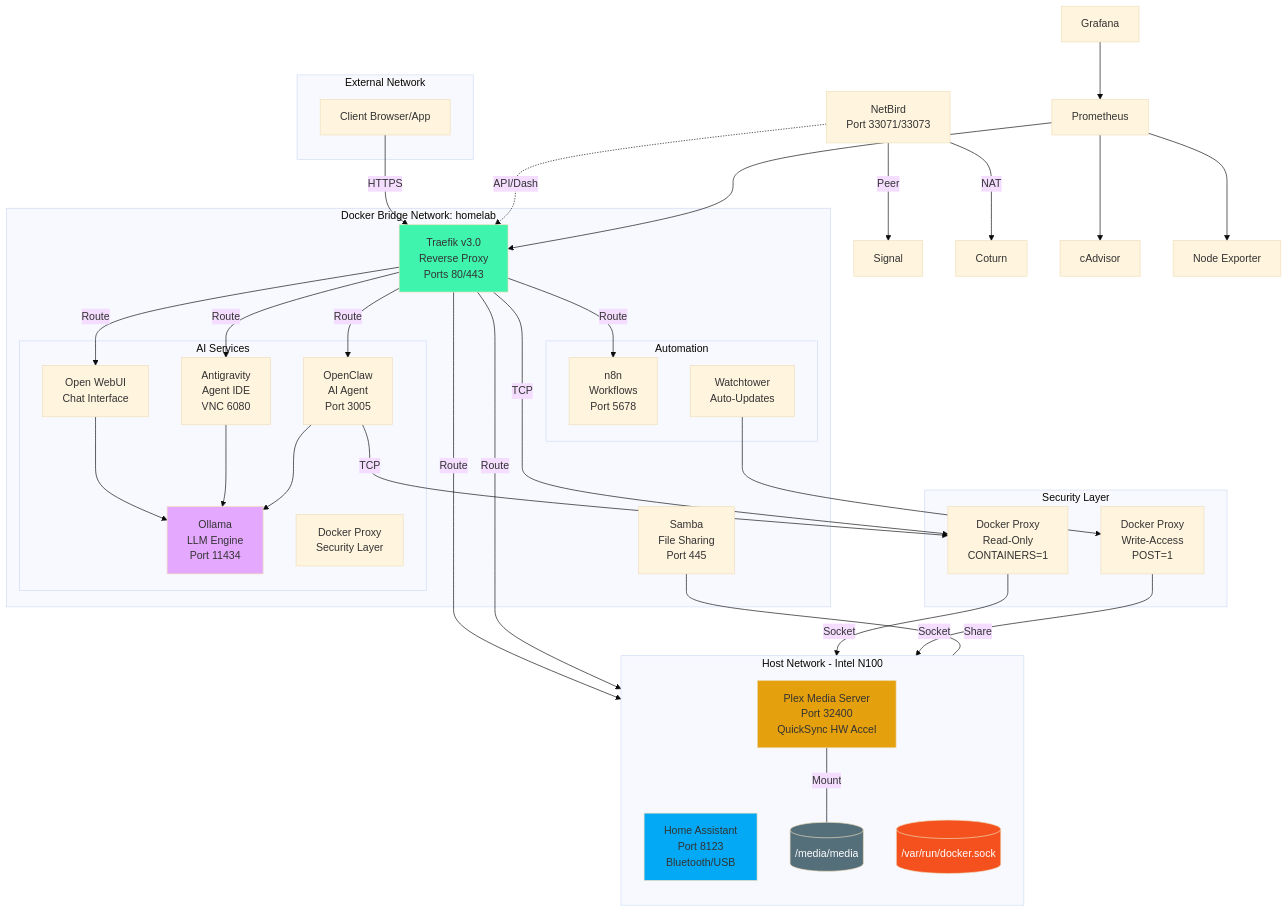
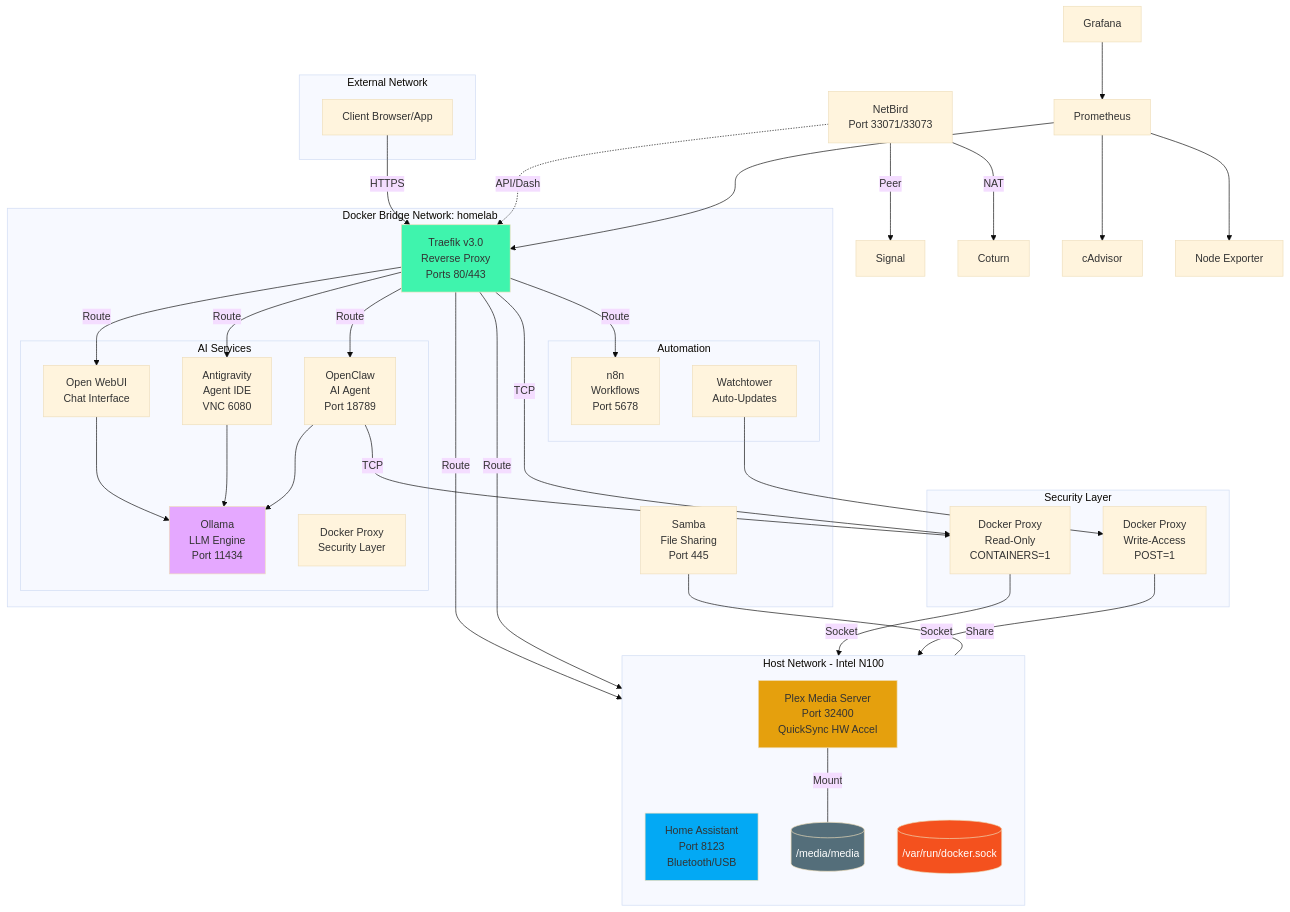
Before and after one commit to oweibor/homelab: the diagram in README.md, drawn with Mermaid (base theme). The commit also changed other lines of this file and 3 other files, not shown here.

First line of the commit message:
chore: update OpenClaw and NetBird configurations (v1.0.1)

````diff
--- a/README.md
+++ b/README.md
@@ -175,80 +175,80 @@
 ```mermaid
 graph TB
     subgraph Internet[External Network]
         User[Client Browser/App]
     end
 
     subgraph HostNet[Host Network - Intel N100]
         direction TB
         HA[Home Assistant<br/>Port 8123<br/>Bluetooth/USB]
         Plex[Plex Media Server<br/>Port 32400<br/>QuickSync HW Accel]
         DockerSock[("/var/run/docker.sock")]
         MediaData[("/media/media")]
     end
 
     subgraph DockerBridge[Docker Bridge Network: homelab]
         Traefik[Traefik v3.0<br/>Reverse Proxy<br/>Ports 80/443]
         
         subgraph AIStack[AI Services]
             Ollama[Ollama<br/>LLM Engine<br/>Port 11434]
             WebUI[Open WebUI<br/>Chat Interface]
             Antigravity[Antigravity<br/>Agent IDE<br/>VNC 6080]
-            OpenClaw[OpenClaw<br/>AI Agent<br/>Port 3005]
+            OpenClaw[OpenClaw<br/>AI Agent<br/>Port 18789]
             Proxy[Docker Proxy<br/>Security Layer]
         end
         
         subgraph AutoStack[Automation]
             n8n[n8n<br/>Workflows<br/>Port 5678]
             Watchtower[Watchtower<br/>Auto-Updates]
         end
         
         Samba[Samba<br/>File Sharing<br/>Port 445]
     end
 
     subgraph DockerSecurity[Security Layer]
         ProxyRO[Docker Proxy<br/>Read-Only<br/>CONTAINERS=1]
         ProxyRW[Docker Proxy<br/>Write-Access<br/>POST=1]
     end
 
     User -->|HTTPS| Traefik
     Traefik -->|Route| WebUI
     Traefik -->|Route| HA
     Traefik -->|Route| Plex
     Traefik -->|Route| n8n
     Traefik -->|Route| Antigravity
     Traefik -->|Route| OpenClaw
 
     WebUI --> Ollama
     Antigravity --> Ollama
     OpenClaw --> Ollama
     
     %% System Integrations
     OpenClaw -->|TCP| ProxyRO
     Traefik -->|TCP| ProxyRO
     ProxyRO -->|Socket| DockerSock
     
     %% Watchtower Zero-Trust
     Watchtower --> ProxyRW
     ProxyRW -->|Socket| DockerSock
     
     %% Remote Access
     NetBird[NetBird<br/>Port 33071/33073] -.->|API/Dash| Traefik
     NetBird -- Peer --> Signal[Signal]
     NetBird -- NAT --> Coturn[Coturn]
     
     %% Observability
     Prometheus[Prometheus] --> cAdvisor[cAdvisor]
     Prometheus --> NodeExp[Node Exporter]
     Prometheus --> Traefik
     Grafana[Grafana] --> Prometheus
     
     Plex ---|Mount| MediaData
     Samba ---|Share| MediaData
 
     style Traefik fill:#3ff4ad
     style Ollama fill:#e5a8ff
     style HA fill:#03A9F4
     style Plex fill:#E5A00D
     style MediaData fill:#546E7A,color:#fff
     style DockerSock fill:#F4511E,color:#fff
 ```
````
